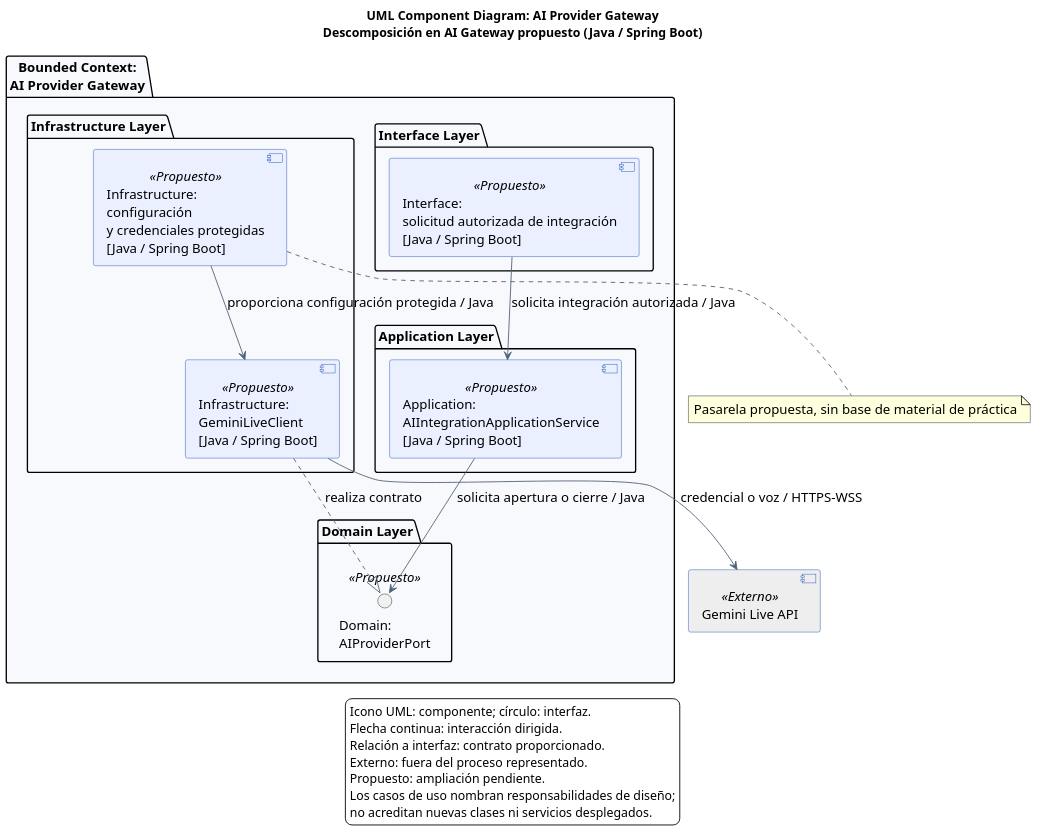
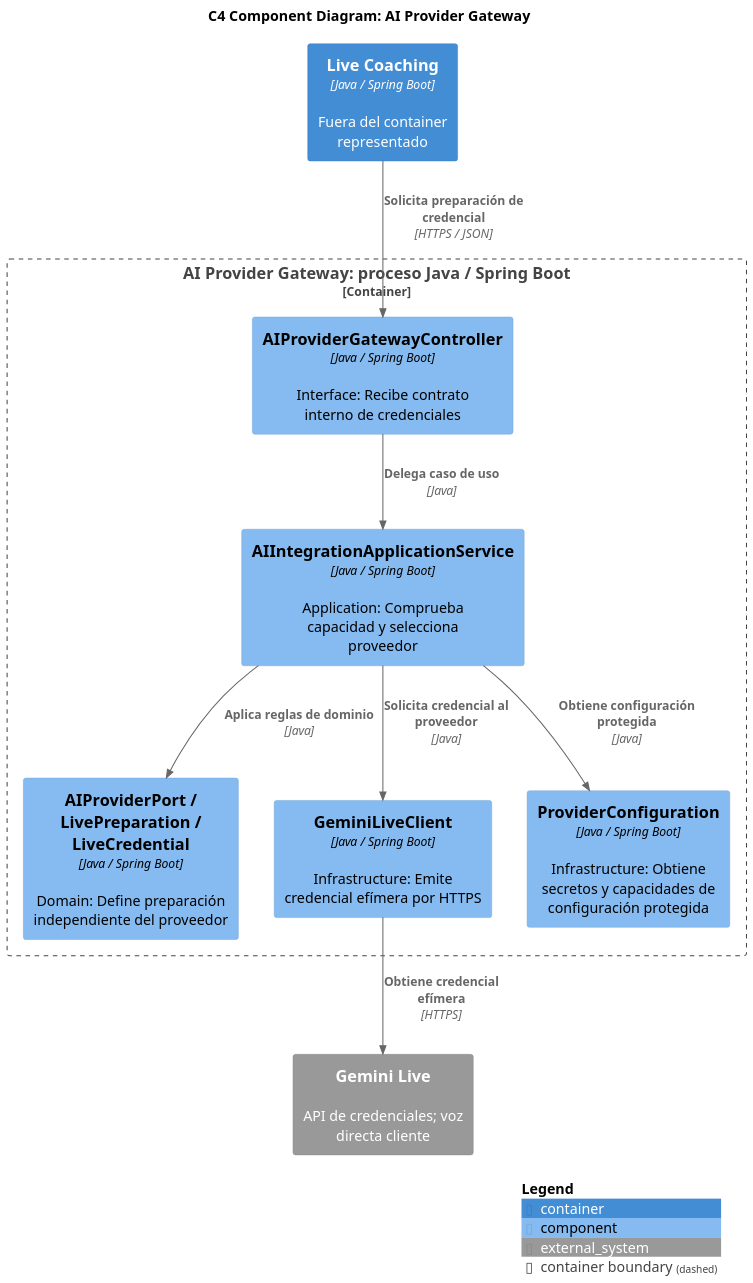
One commit to upc-pre-202620-si728-16365-thropic/talki-project-report changed the diagram in assets/diagrams/tactical/09-ai-provider-gateway-components.puml. Above: the diagram before and after it, drawn with PlantUML. The commit also changed 4 other files, not shown here.

First line of the commit message:
docs(5.9): completa modelos y contratos de AI Provider Gateway

```diff
--- a/assets/diagrams/tactical/09-ai-provider-gateway-components.puml
+++ b/assets/diagrams/tactical/09-ai-provider-gateway-components.puml
@@ -1,49 +1,23 @@
 @startuml
+!include <C4/C4_Component>
 skinparam defaultFontName Arial
-skinparam defaultFontSize 15
-skinparam shadowing false
-skinparam componentStyle uml2
-skinparam backgroundColor white
-skinparam componentBackgroundColor #EAF0FF
-skinparam componentBorderColor #1749B5
-skinparam ArrowColor #536177
-skinparam packageBackgroundColor #F7F9FD
-skinparam dpi 130
-title
-UML Component Diagram: AI Provider Gateway
-Descomposición en AI Gateway propuesto (Java / Spring Boot)
-end title
-component "Gemini Live API" as provider <<Externo>> #EEEEEE
-package "Bounded Context:\nAI Provider Gateway" {
-  package "Interface Layer" {
-    component "Interface:\nsolicitud autorizada de integración\n[Java / Spring Boot]" as input <<Propuesto>>
-  }
-  package "Application Layer" {
-    component "Application:\nAIIntegrationApplicationService\n[Java / Spring Boot]" as app <<Propuesto>>
-  }
-  package "Domain Layer" {
-    interface "Domain:\nAIProviderPort" as port <<Propuesto>>
-  }
-  package "Infrastructure Layer" {
-    component "Infrastructure:\nGeminiLiveClient\n[Java / Spring Boot]" as adapter <<Propuesto>>
-    component "Infrastructure:\nconfiguración\ny credenciales protegidas\n[Java / Spring Boot]" as config <<Propuesto>>
-  }
+skinparam dpi 150
+LAYOUT_TOP_DOWN()
+title C4 Component Diagram: AI Provider Gateway
+System_Ext(gemini, "Gemini Live", "API de credenciales; voz directa cliente")
+Container(live, "Live Coaching", "Java / Spring Boot", "Fuera del container representado")
+Container_Boundary(scope, "AI Provider Gateway: proceso Java / Spring Boot") {
+  Component(api, "AIProviderGatewayController", "Java / Spring Boot", "Interface: Recibe contrato interno de credenciales")
+  Component(app, "AIIntegrationApplicationService", "Java / Spring Boot", "Application: Comprueba capacidad y selecciona proveedor")
+  Component(rules, "AIProviderPort / LivePreparation / LiveCredential", "Java / Spring Boot", "Domain: Define preparación independiente del proveedor")
+  Component(adapter, "GeminiLiveClient", "Java / Spring Boot", "Infrastructure: Emite credencial efímera por HTTPS")
+  Component(config, "ProviderConfiguration", "Java / Spring Boot", "Infrastructure: Obtiene secretos y capacidades de configuración protegida")
 }
-input --> app : solicita integración autorizada / Java
-app --> port : solicita apertura o cierre / Java
-adapter ..|> port : realiza contrato
-adapter --> provider : credencial o voz / HTTPS-WSS
-config --> adapter : proporciona configuración protegida / Java
-note bottom
-Pasarela propuesta, sin base de material de práctica
-end note
-legend bottom
-Icono UML: componente; círculo: interfaz.
-Flecha continua: interacción dirigida.
-Relación a interfaz: contrato proporcionado.
-Externo: fuera del proceso representado.
-Propuesto: ampliación pendiente.
-Los casos de uso nombran responsabilidades de diseño;
-no acreditan nuevas clases ni servicios desplegados.
-endlegend
+Rel(api, app, "Delega caso de uso", "Java")
+Rel(app, rules, "Aplica reglas de dominio", "Java")
+Rel(app, adapter, "Solicita credencial al proveedor", "Java")
+Rel(app, config, "Obtiene configuración protegida", "Java")
+Rel(live, api, "Solicita preparación de credencial", "HTTPS / JSON")
+Rel(adapter, gemini, "Obtiene credencial efímera", "HTTPS")
+SHOW_LEGEND()
 @enduml
```
